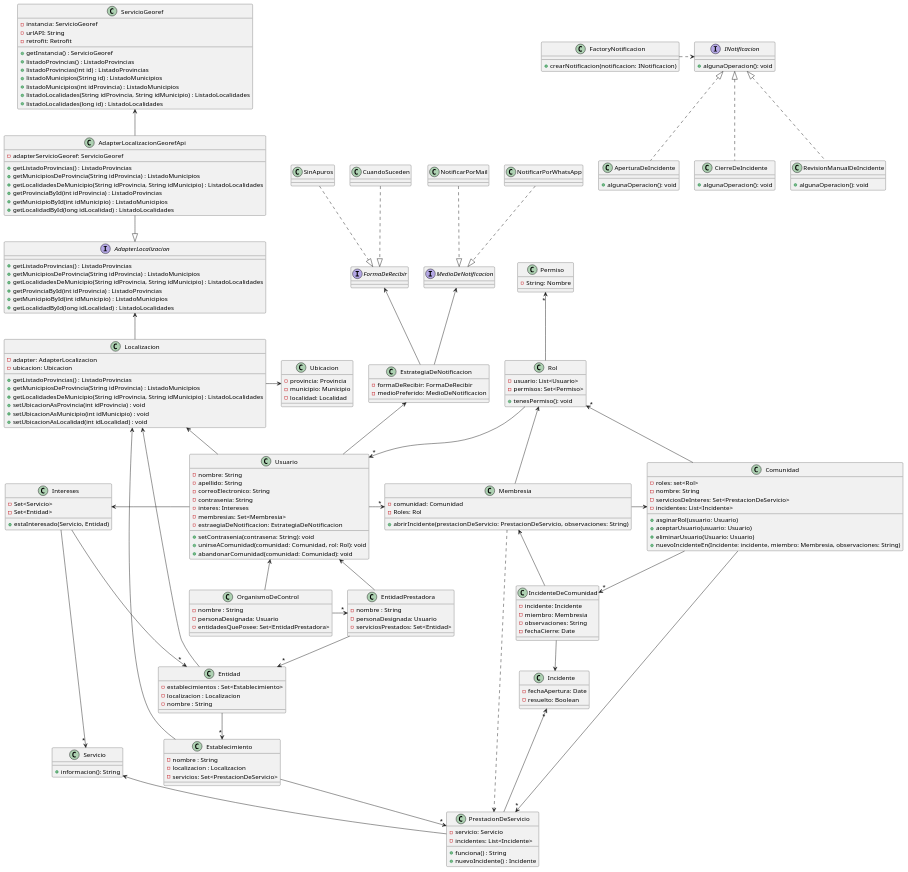
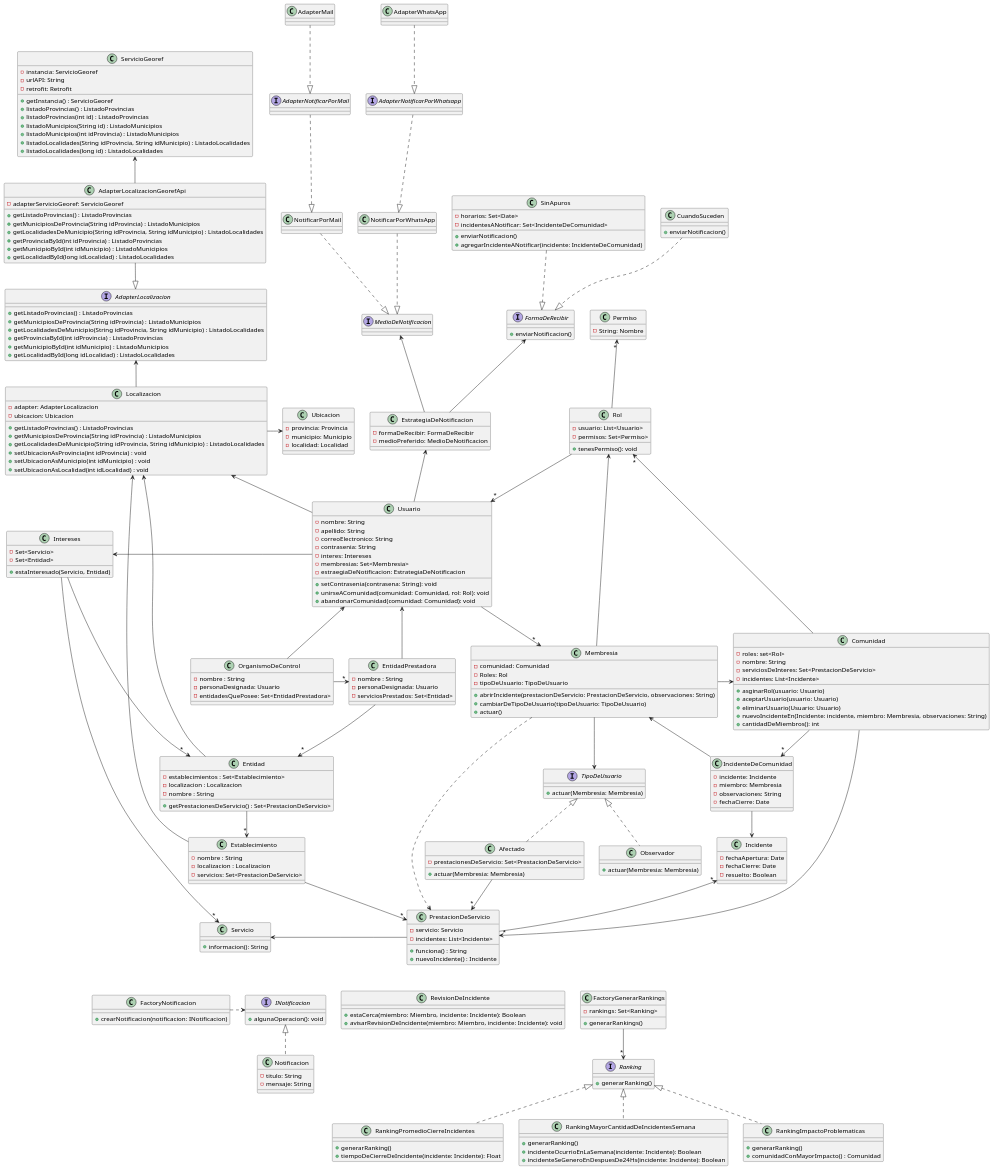
One commit to AndyTrias/comunidades-apoyo-movilidad-reducida- changed the diagram in Entregables/DiagramaDeClases.wsd. Above: the diagram before and after it, drawn with PlantUML.

Commit message:
no se hice cosas

```diff
--- a/Entregables/DiagramaDeClases.wsd
+++ b/Entregables/DiagramaDeClases.wsd
@@ -1,5 +1,4 @@
 @startuml
-
 
 Class PrestacionDeServicio {    
     - servicio: Servicio
@@ -42,6 +41,7 @@
     + aceptarUsuario(usuario: Usuario)
     + eliminarUsuario(Usuario: Usuario)
     + nuevoIncidenteEn(Incidente: incidente, miembro: Membresia, observaciones: String)
+    + cantidadDeMiembros(): int
 }
 
 
@@ -70,6 +70,8 @@
     - establecimientos : Set<Establecimiento>
     - localizacion : Localizacion
     - nombre : String
+
+    + getPrestacionesDeServicio() : Set<PrestacionDeServicio>
 }
 
 
@@ -87,7 +89,6 @@
 Class Membresia {
     - comunidad: Comunidad
     - Roles: Rol
-
     + abrirIncidente(prestacionDeServicio: PrestacionDeServicio, observaciones: String)
 }
 
@@ -224,6 +225,7 @@
 /' INCIDENTES '/
 Class Incidente {
     - fechaApertura: Date
+    - fechaCierre: Date
     - resuelto: Boolean 
 }
 
@@ -258,16 +260,38 @@
 
 }
 
-Interface FormaDeRecibir {
+/' ADAPTERS MEDIO DE NOTIFICACION '/
+
+Interface AdapterNotificarPorWhatsapp {
     
 }
 
-Class CuandoSuceden {
+Interface AdapterNotificarPorMail {
+    
+}
+
+Class AdapterWhatsApp {
 
 }
 
+Class AdapterMail {
+
+}
+
+Interface FormaDeRecibir {
+    + enviarNotificacion()
+}
+
+Class CuandoSuceden {
+    + enviarNotificacion()
+}
+
 Class SinApuros {
+    - horarios: Set<Date>
+    - incidentesANotificar: Set<IncidenteDeComunidad>
 
+    + enviarNotificacion()
+    + agregarIncidenteANotificar(incidente: IncidenteDeComunidad)
 }
 
 /' NOTIFICACIONES '/
@@ -280,16 +304,9 @@
     + algunaOperacion(): void
 }
 
-Class AperturaDeIncidente{
-    + algunaOperacion(): void
-}
-
-Class CierreDeIncidente{
-    + algunaOperacion(): void
-}
-
-Class RevisionManualDeIncidente{
-    + algunaOperacion(): void
+Class Notificacion {
+    - titulo: String
+    - mensaje: String
 }
 
 EstrategiaDeNotificacion <-- Usuario
@@ -300,13 +317,99 @@
 CuandoSuceden ..|> FormaDeRecibir
 SinApuros ..|> FormaDeRecibir
 
+
+/' Whatsapp '/
+AdapterWhatsApp ..|> AdapterNotificarPorWhatsapp
+AdapterNotificarPorWhatsapp ..|> NotificarPorWhatsApp
 NotificarPorWhatsApp ..|> MedioDeNotificacion
+
+/' Mail '/
+AdapterMail ..|> AdapterNotificarPorMail
+AdapterNotificarPorMail ..|> NotificarPorMail
 NotificarPorMail ..|> MedioDeNotificacion
 
 FactoryNotificacion .> INotificacion
-INotificacion <|.. AperturaDeIncidente
-INotificacion <|.. CierreDeIncidente
-INotificacion <|.. RevisionManualDeIncidente
+INotificacion <|.. Notificacion
+
+/' SUGERENCIA REVISION DE INCIDENTE '/
+
+Class RevisionDeIncidente {
+    + estaCerca(miembro: Miembro, incidente: Incidente): Boolean
+    + avisarRevisionDeIncidente(miembro: Miembro, incidente: Incidente): void
+}
 
 
+/' RANKINGS '/
+
+Class FactoryGenerarRankings {
+    - rankings: Set<Ranking>
+
+    + generarRankings()
+}
+
+Interface Ranking {
+    + generarRanking()
+}
+
+Class RankingPromedioCierreIncidentes {
+    + generarRanking()
+    + tiempoDeCierreDeIncidente(incidente: Incidente): Float
+}
+
+Class RankingMayorCantidadDeIncidentesSemana {
+    + generarRanking()
+    + incidenteOcurrioEnLaSemana(incidente: Incidente): Boolean
+    + incidenteSeGeneroEnDespuesDe24Hs(incidente: Incidente): Boolean
+}
+
+Class RankingImpactoProblematicas {
+    + generarRanking()
+    + comunidadConMayorImpacto() : Comunidad
+}
+
+
+
+FactoryGenerarRankings --> "*" Ranking
+Ranking <|.. RankingPromedioCierreIncidentes
+Ranking <|.. RankingMayorCantidadDeIncidentesSemana
+Ranking <|.. RankingImpactoProblematicas
+
+/' AFECTADO U OBSERVADOR '/
+
+Class Membresia {
+    - tipoDeUsuario: TipoDeUsuario
+
+    + cambiarDeTipoDeUsuario(tipoDeUsuario: TipoDeUsuario)
+    + actuar()
+}
+
+Interface TipoDeUsuario {
+    + actuar(Membresia: Membresia)
+}
+
+Class Afectado {
+    - prestacionesDeServicio: Set<PrestacionDeServicio>    
+    + actuar(Membresia: Membresia)
+}
+
+Class Observador {
+    + actuar(Membresia: Membresia)
+}
+
+Membresia --> TipoDeUsuario
+TipoDeUsuario <|.. Afectado
+TipoDeUsuario <|.. Observador
+Afectado --> "*" PrestacionDeServicio
+
+/' Class TipoDeUsuario {
+    - nombre: String
+    - prestacionesDeServicio: Set<PrestacionDeServicio>
+}
+
+Membresia --> TipoDeUsuario '/
+
+PrestacionDeServicio -[hidden]-> FactoryNotificacion
+PrestacionDeServicio -[hidden]-> RevisionDeIncidente
+PrestacionDeServicio -[hidden]-> FactoryGenerarRankings
+
 @enduml
```
